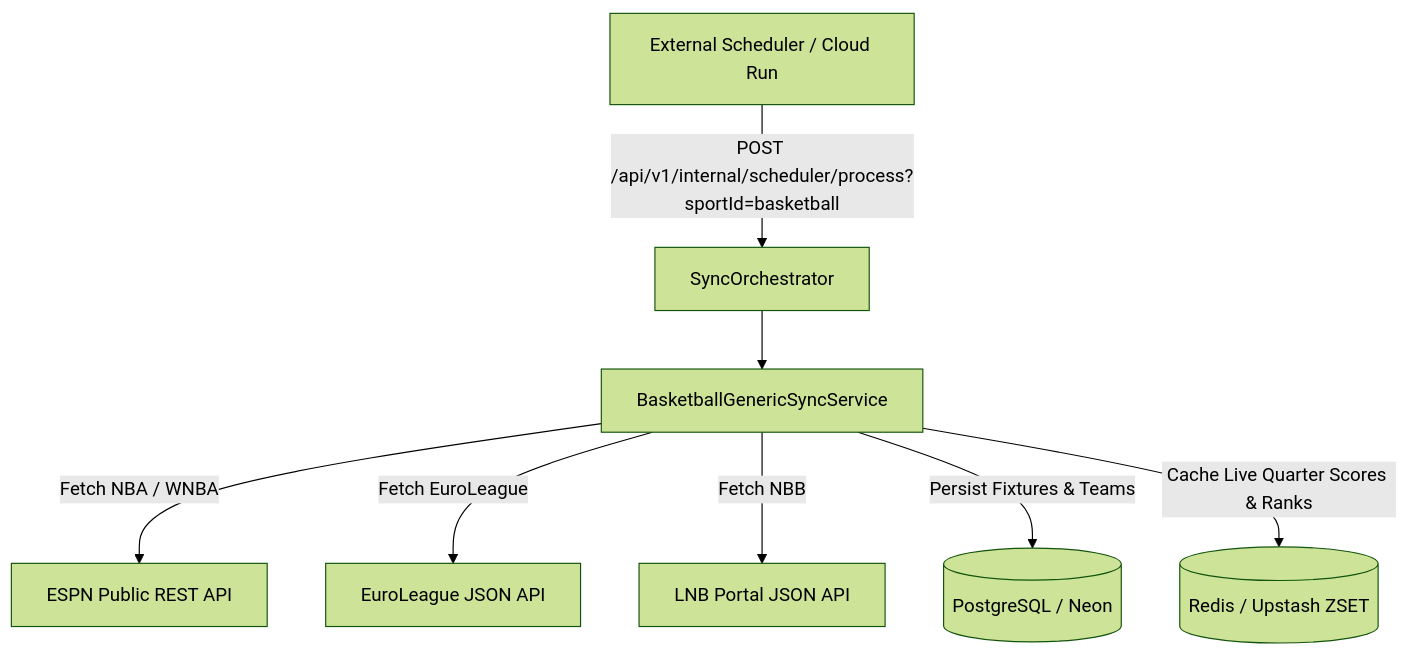
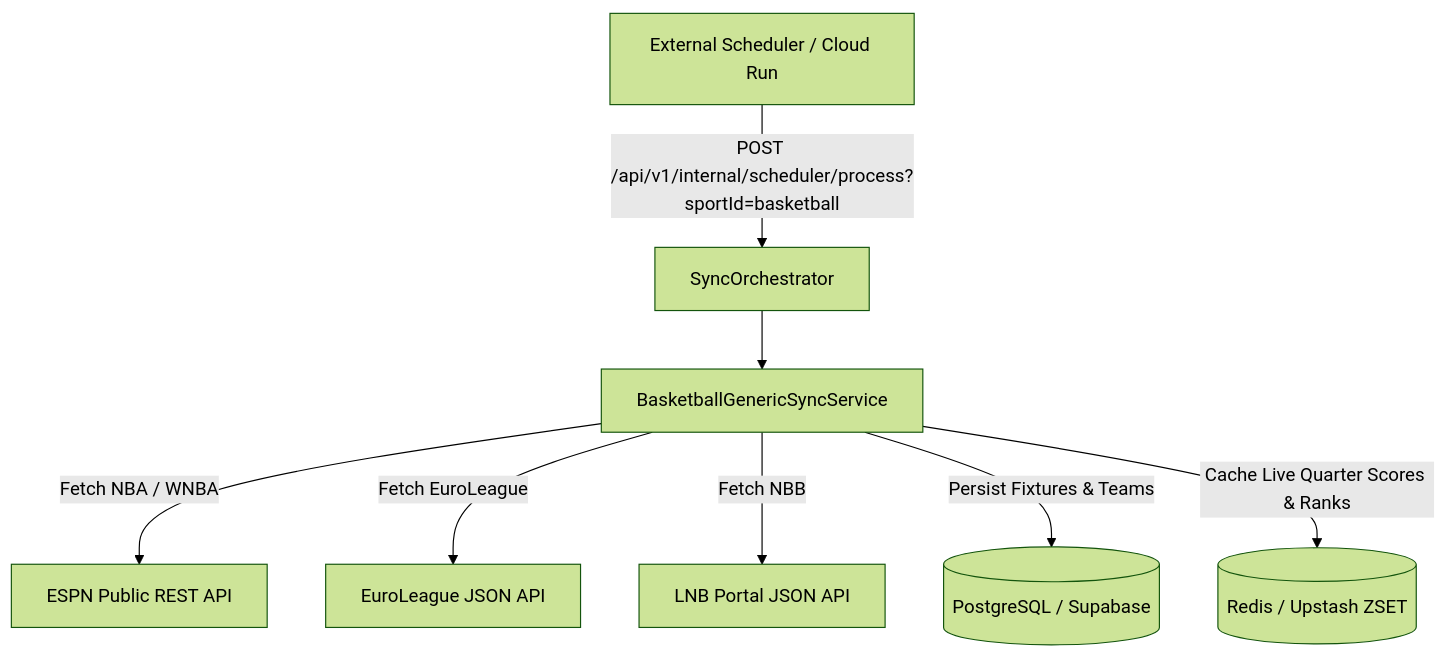
The diagram in docs/basketball_prd.md (lvmp/ligadospalpites-core), drawn with Mermaid (forest theme) before and after one commit. The commit also changed 18 other files, not shown here.

Commit message:
docs(persistence): migrate relational database standardization from Neon to Supabase PostgreSQL

````diff
--- a/docs/basketball_prd.md
+++ b/docs/basketball_prd.md
@@ -65,10 +65,10 @@
 ```mermaid
 graph TD
     A[External Scheduler / Cloud Run] -->|POST /api/v1/internal/scheduler/process?sportId=basketball| B[SyncOrchestrator]
     B --> C[BasketballGenericSyncService]
     C -->|Fetch NBA / WNBA| D[ESPN Public REST API]
     C -->|Fetch EuroLeague| E[EuroLeague JSON API]
     C -->|Fetch NBB| F[LNB Portal JSON API]
-    C -->|Persist Fixtures & Teams| G[(PostgreSQL / Neon)]
+    C -->|Persist Fixtures & Teams| G[(PostgreSQL / Supabase)]
     C -->|Cache Live Quarter Scores & Ranks| H[(Redis / Upstash ZSET)]
 ```
````
